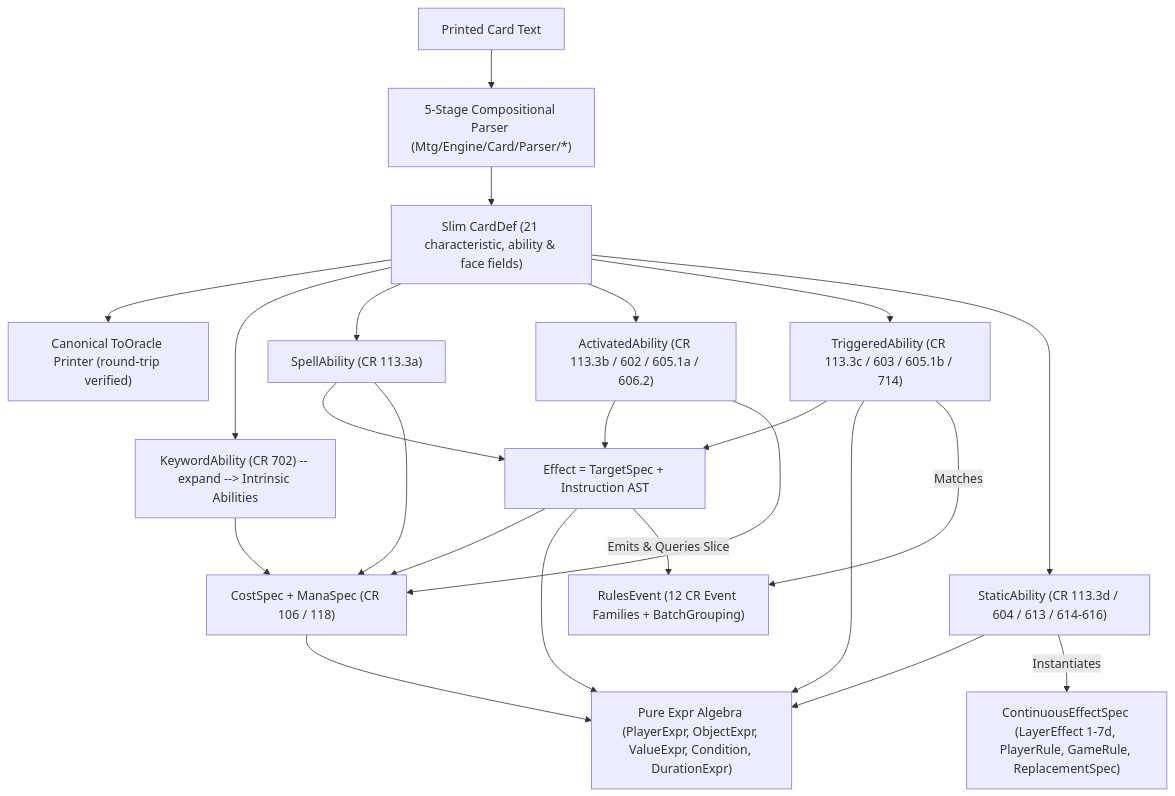
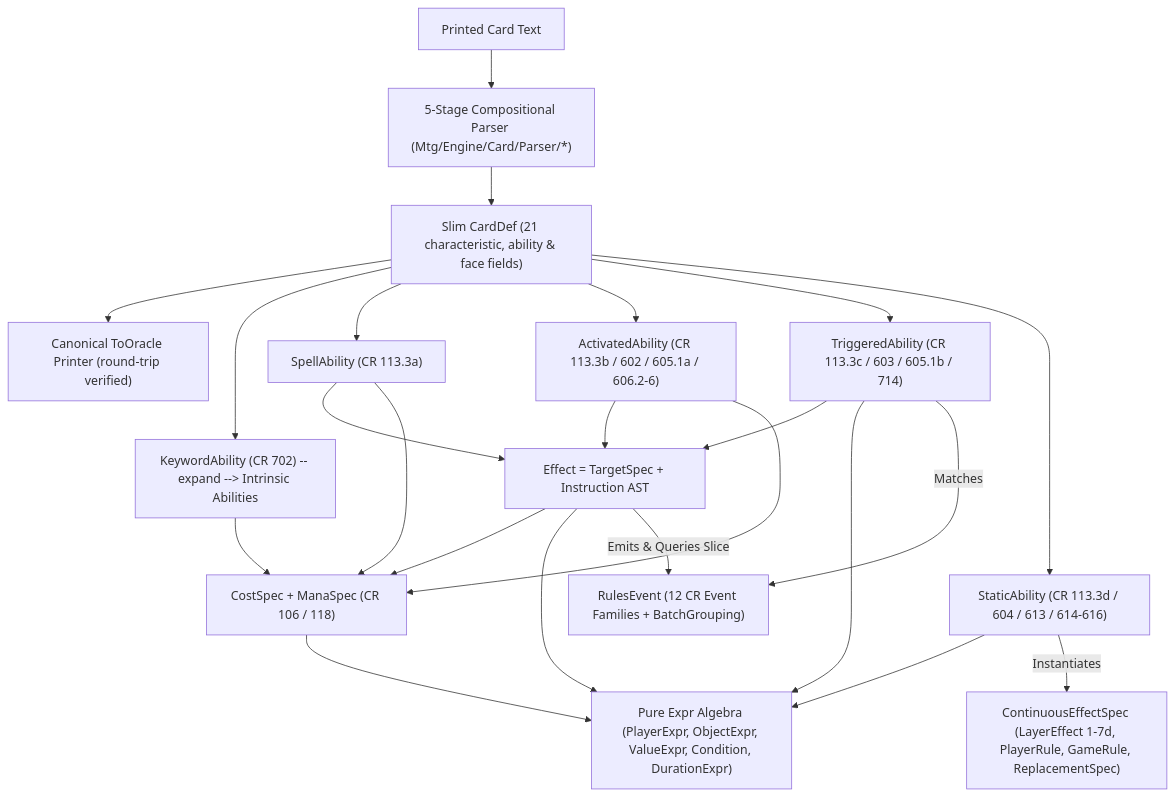
Before and after one commit to IharBury/mtg: the first of 2 diagrams in ABILITY_ALIGNMENT_PLAN.md, drawn with Mermaid. The commit also changed other lines of this file, not shown here.

Commit message:
Address Round 4 PR review: complete KeywordAbility.expand projections and CR 606.3 loyalty rules

````diff
--- a/ABILITY_ALIGNMENT_PLAN.md
+++ b/ABILITY_ALIGNMENT_PLAN.md
@@ -122,17 +122,17 @@
 ```mermaid
 flowchart TD
     Oracle["Printed Card Text"] --> Parser["5-Stage Compositional Parser (Mtg/Engine/Card/Parser/*)"]
     Parser --> CardDef["Slim CardDef (21 characteristic, ability & face fields)"]
     CardDef --> ToOracle["Canonical ToOracle Printer (round-trip verified)"]
     CardDef --> KW["KeywordAbility (CR 702) -- expand --> Intrinsic Abilities"]
     CardDef --> SA["SpellAbility (CR 113.3a)"]
-    CardDef --> AA["ActivatedAbility (CR 113.3b / 602 / 605.1a / 606.2)"]
+    CardDef --> AA["ActivatedAbility (CR 113.3b / 602 / 605.1a / 606.2-6)"]
     CardDef --> TA["TriggeredAbility (CR 113.3c / 603 / 605.1b / 714)"]
     CardDef --> StA["StaticAbility (CR 113.3d / 604 / 613 / 614-616)"]
     SA & AA & TA --> Eff["Effect = TargetSpec + Instruction AST"]
     AA & KW & SA & Eff --> Cost["CostSpec + ManaSpec (CR 106 / 118)"]
     Eff & TA & StA & Cost --> Expr["Pure Expr Algebra (PlayerExpr, ObjectExpr, ValueExpr, Condition, DurationExpr)"]
     StA -->|Instantiates| CES["ContinuousEffectSpec (LayerEffect 1-7d, PlayerRule, GameRule, ReplacementSpec)"]
     TA -->|Matches| RE["RulesEvent (12 CR Event Families + BatchGrouping)"]
     Eff -->|Emits & Queries Slice| RE
 ```
````
